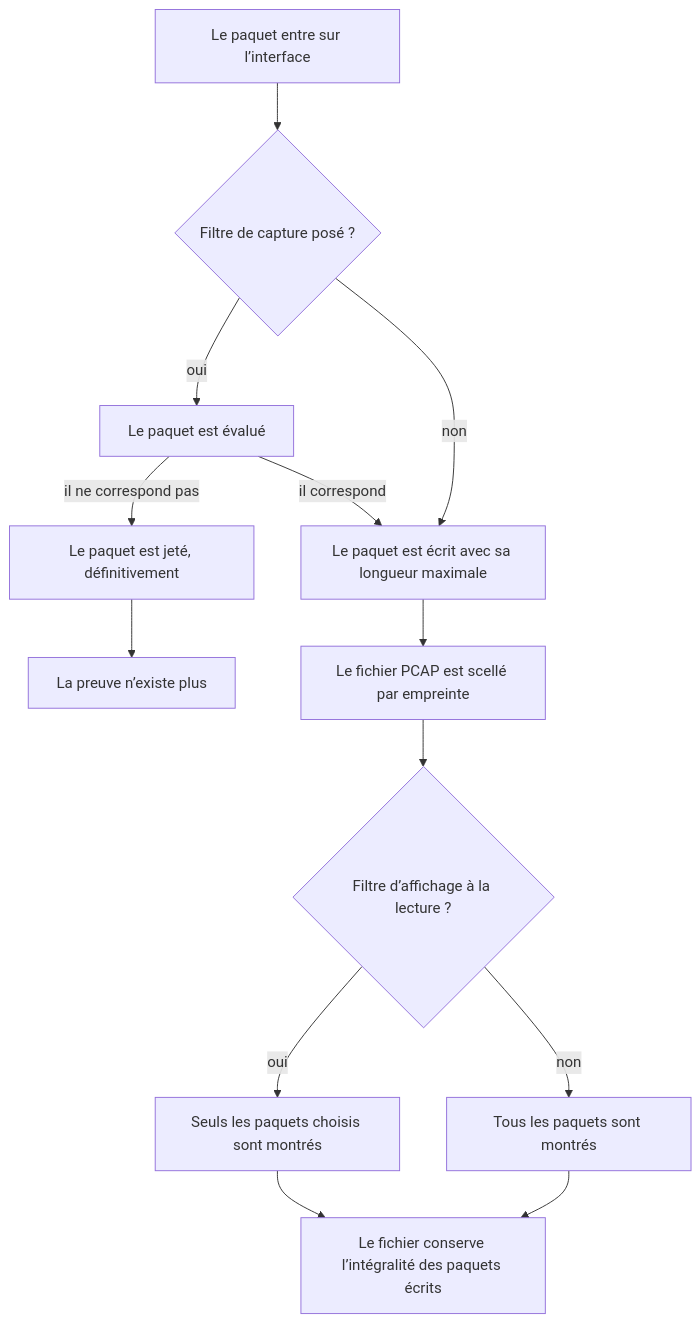
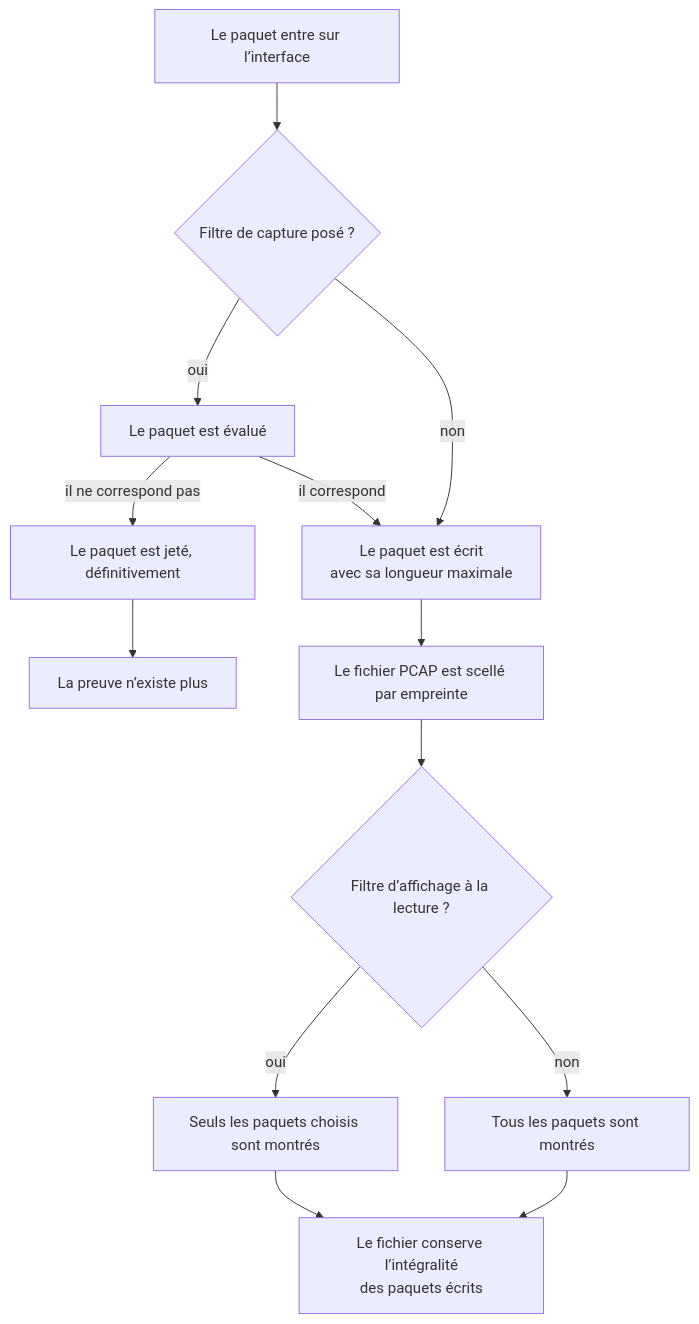
The fifth of 6 diagrams in jour-1.md (yugmerabtene/forensique-reseau-public), drawn with Mermaid before and after one commit. The commit also changed other lines of this file and 2 other files, not shown here.

Commit message:
Generation: rend les schemas lisibles et documente le demarrage du laboratoire

````diff
--- a/jour-1.md
+++ b/jour-1.md
@@ -752,15 +786,15 @@
 ```mermaid
 flowchart TD
   A["Le paquet entre sur l’interface"] --> B{"Filtre de capture posé ?"}
   B -->|"oui"| C["Le paquet est évalué"]
   C -->|"il ne correspond pas"| D["Le paquet est jeté, définitivement"]
-  C -->|"il correspond"| E["Le paquet est écrit avec sa longueur maximale"]
+  C -->|"il correspond"| E["Le paquet est écrit<br/>avec sa longueur maximale"]
   B -->|"non"| E
   E --> F["Le fichier PCAP est scellé par empreinte"]
   F --> G{"Filtre d’affichage à la lecture ?"}
   G -->|"oui"| H["Seuls les paquets choisis sont montrés"]
   G -->|"non"| I["Tous les paquets sont montrés"]
-  H --> J["Le fichier conserve l’intégralité des paquets écrits"]
+  H --> J["Le fichier conserve l’intégralité<br/>des paquets écrits"]
   I --> J
   D --> K["La preuve n’existe plus"]
 ```
````
